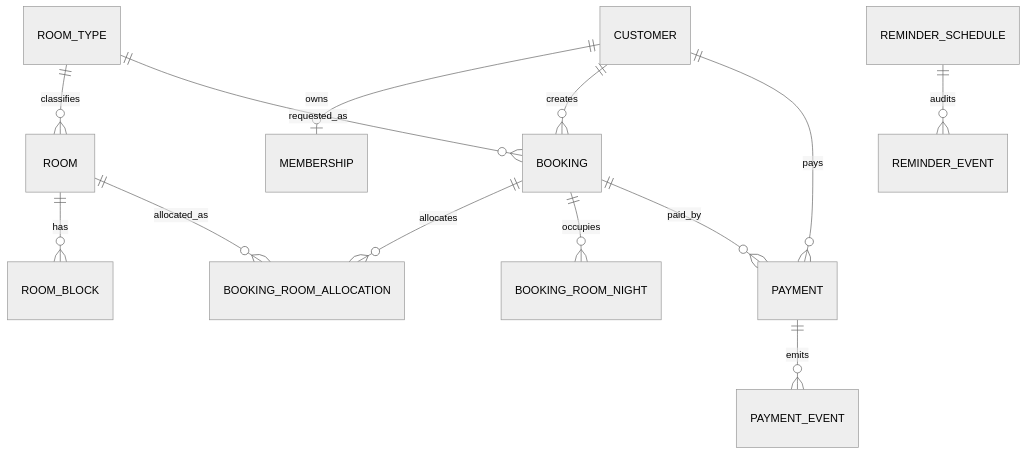
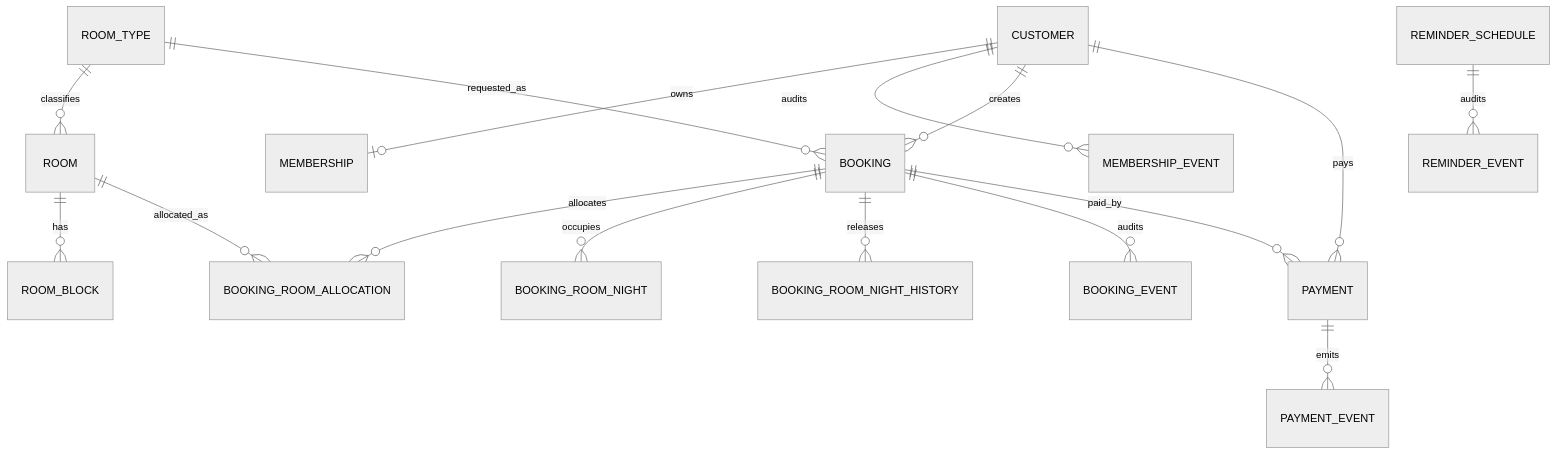
The third of 3 diagrams in docs/design/d-notification-persistence.md (muzaturezhang/SE), drawn with Mermaid (neutral theme) before and after one commit. The commit also changed other lines of this file and 50 other files, not shown here.

````diff
--- a/docs/design/d-notification-persistence.md
+++ b/docs/design/d-notification-persistence.md
@@ -46,15 +51,18 @@
 ```mermaid
 erDiagram
     ROOM_TYPE ||--o{ ROOM : classifies
     ROOM ||--o{ ROOM_BLOCK : has
     ROOM ||--o{ BOOKING_ROOM_ALLOCATION : allocated_as
     CUSTOMER ||--o| MEMBERSHIP : owns
+    CUSTOMER ||--o{ MEMBERSHIP_EVENT : audits
     CUSTOMER ||--o{ BOOKING : creates
     ROOM_TYPE ||--o{ BOOKING : requested_as
     BOOKING ||--o{ BOOKING_ROOM_ALLOCATION : allocates
     BOOKING ||--o{ BOOKING_ROOM_NIGHT : occupies
+    BOOKING ||--o{ BOOKING_ROOM_NIGHT_HISTORY : releases
+    BOOKING ||--o{ BOOKING_EVENT : audits
     BOOKING ||--o{ PAYMENT : paid_by
     CUSTOMER ||--o{ PAYMENT : pays
     PAYMENT ||--o{ PAYMENT_EVENT : emits
     REMINDER_SCHEDULE ||--o{ REMINDER_EVENT : audits
 ```
````
